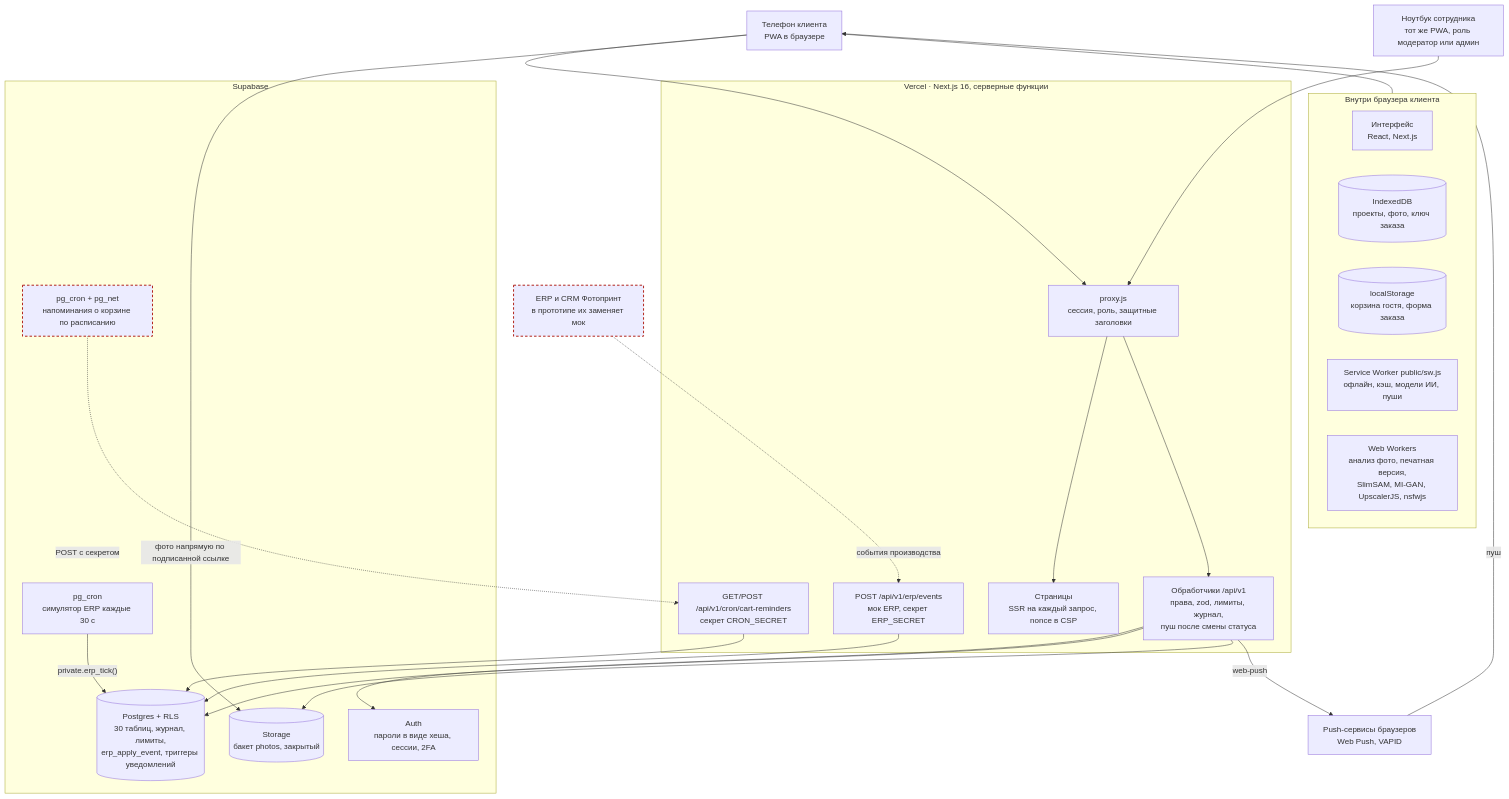
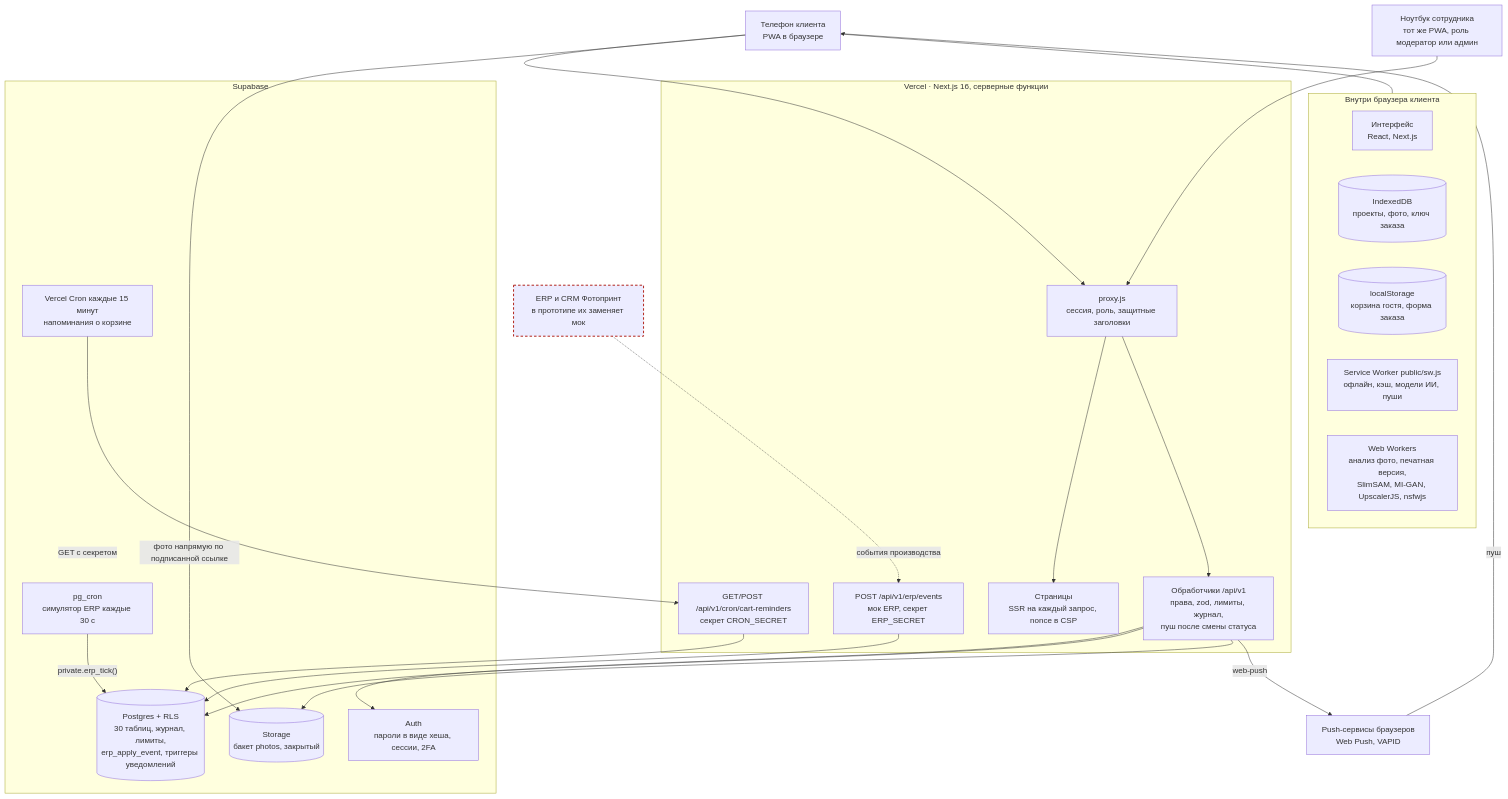
The first of 8 diagrams in docs/architecture.md (Vpragma/picpac-app), drawn with Mermaid before and after one commit. The commit also changed other lines of this file and 3 other files, not shown here.

First line of the commit message:
Документы: напоминания о забытой корзине теперь по расписанию (каждые 15 минут)

````diff
--- a/docs/architecture.md
+++ b/docs/architecture.md
@@ -13,51 +13,51 @@
 ```mermaid
 flowchart TB
   classDef planned stroke-dasharray: 5 4,stroke:#b3261e,stroke-width:2px
 
   phone["Телефон клиента<br/>PWA в браузере"]
   laptop["Ноутбук сотрудника<br/>тот же PWA, роль модератор или админ"]
 
   subgraph vercel["Vercel · Next.js 16, серверные функции"]
     proxy["proxy.js<br/>сессия, роль, защитные заголовки"]
     pages["Страницы<br/>SSR на каждый запрос, nonce в CSP"]
     api["Обработчики /api/v1<br/>права, zod, лимиты, журнал,<br/>пуш после смены статуса"]
     erpapi["POST /api/v1/erp/events<br/>мок ERP, секрет ERP_SECRET"]
     cronapi["GET/POST /api/v1/cron/cart-reminders<br/>секрет CRON_SECRET"]
   end
 
   subgraph supa["Supabase"]
     auth["Auth<br/>пароли в виде хеша, сессии, 2FA"]
     db[("Postgres + RLS<br/>30 таблиц, журнал, лимиты,<br/>erp_apply_event, триггеры уведомлений")]
     storage[("Storage<br/>бакет photos, закрытый")]
     cron["pg_cron<br/>симулятор ERP каждые 30 с"]
-    remind["pg_cron + pg_net<br/>напоминания о корзине по расписанию"]:::planned
+    remind["Vercel Cron каждые 15 минут<br/>напоминания о корзине"]
   end
 
   push["Push-сервисы браузеров<br/>Web Push, VAPID"]
   erp["ERP и CRM Фотопринт<br/>в прототипе их заменяет мок"]:::planned
 
   subgraph device["Внутри браузера клиента"]
     ui["Интерфейс<br/>React, Next.js"]
     idb[("IndexedDB<br/>проекты, фото, ключ заказа")]
     ls[("localStorage<br/>корзина гостя, форма заказа")]
     sw["Service Worker public/sw.js<br/>офлайн, кэш, модели ИИ, пуши"]
     aiw["Web Workers<br/>анализ фото, печатная версия,<br/>SlimSAM, MI-GAN, UpscalerJS, nsfwjs"]
   end
 
   phone --- device
   phone --> proxy
   laptop --> proxy
   proxy --> pages
   proxy --> api
   api --> auth
   api --> db
   api --> storage
   phone -->|"фото напрямую по подписанной ссылке"| storage
   cron -->|"private.erp_tick()"| db
-  remind -.->|"POST с секретом"| cronapi
+  remind -->|"GET с секретом"| cronapi
   erp -.->|"события производства"| erpapi
   erpapi --> db
   cronapi --> db
   api -->|"web-push"| push
   push -->|"пуш"| phone
 ```
````
